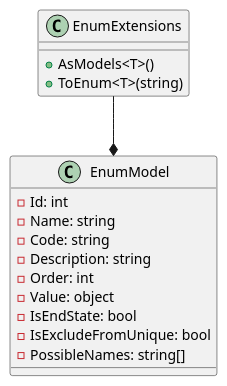
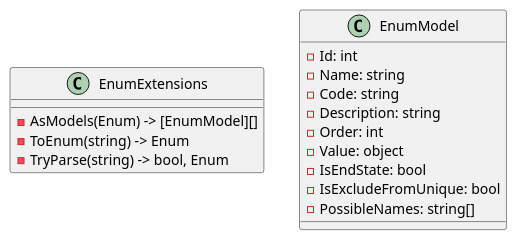
The first of 4 diagrams in docs/generated/Framework/Eliassen.System.Tests/Reflection/Documentation.md (mwwhited-forks/dotnet-libs), drawn with PlantUML before and after one commit. The commit also changed other lines of this file and 444 other files, not shown here.

````diff
--- a/docs/generated/Framework/Eliassen.System.Tests/Reflection/Documentation.md
+++ b/docs/generated/Framework/Eliassen.System.Tests/Reflection/Documentation.md
@@ -9,23 +19,22 @@
 ```plantuml
 @startuml
 class EnumExtensions {
-  + AsModels<T>()
-  + ToEnum<T>(string)
+  - AsModels(Enum) -> [EnumModel][]
+  - ToEnum(string) -> Enum
+  - TryParse(string) -> bool, Enum
 }
 
 class EnumModel {
   - Id: int
   - Name: string
   - Code: string
   - Description: string
   - Order: int
   - Value: object
   - IsEndState: bool
   - IsExcludeFromUnique: bool
   - PossibleNames: string[]
 }
 
-EnumExtensions --* EnumModel
-
 @enduml
 ```
````
